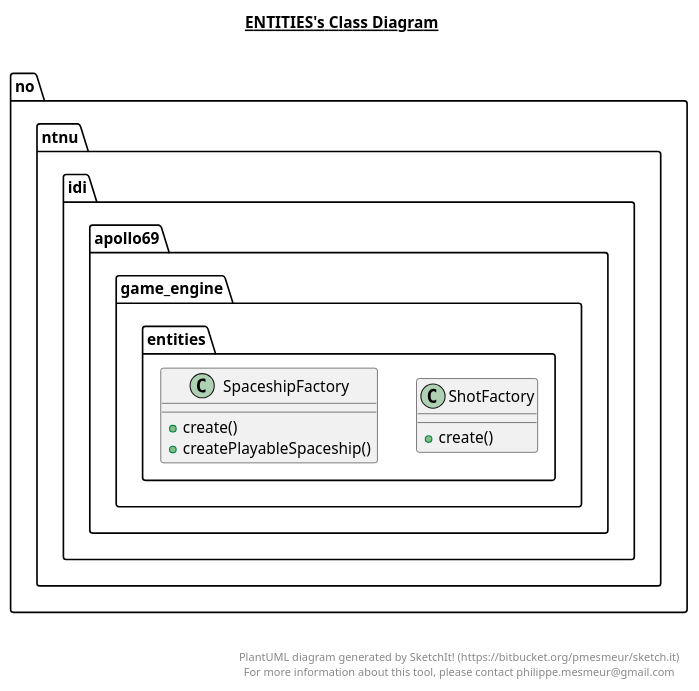
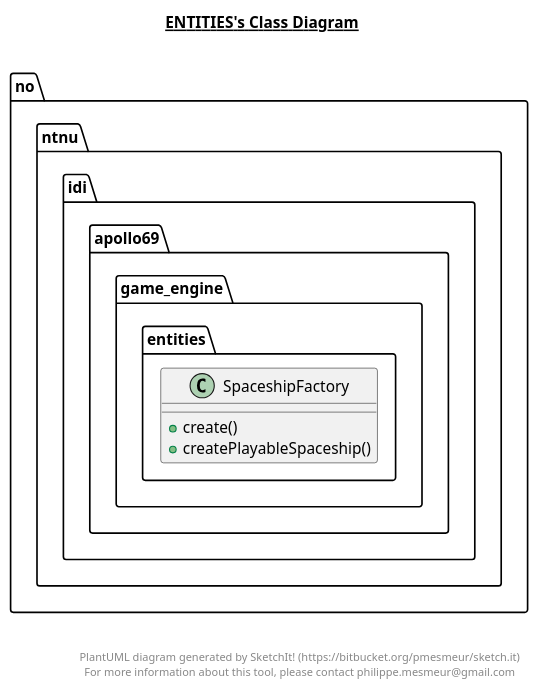
The diagram in core/src/no/ntnu/idi/apollo69/game_engine/entities/entities.plantuml (GardSteinsvik/apollo-69), drawn with PlantUML before and after one commit. The commit also changed 11 other files, not shown here.

Commit message:
UML updated

```diff
--- a/core/src/no/ntnu/idi/apollo69/game_engine/entities/entities.plantuml
+++ b/core/src/no/ntnu/idi/apollo69/game_engine/entities/entities.plantuml
@@ -1,37 +1,26 @@
 @startuml
 
 title __ENTITIES's Class Diagram__\n
-
-  namespace no.ntnu.idi.apollo69 {
-    namespace game_engine {
-      namespace entities {
-        class no.ntnu.idi.apollo69.game_engine.entities.ShotFactory {
-            + create()
-        }
-      }
-    }
-  }
-  
 
   namespace no.ntnu.idi.apollo69 {
     namespace game_engine {
       namespace entities {
         class no.ntnu.idi.apollo69.game_engine.entities.SpaceshipFactory {
             + create()
             + createPlayableSpaceship()
         }
       }
     }
   }
   
 
 
 
 right footer
 
 
 PlantUML diagram generated by SketchIt! (https://bitbucket.org/pmesmeur/sketch.it)
 For more information about this tool, please contact philippe.mesmeur@gmail.com
 endfooter
 
 @enduml
```
